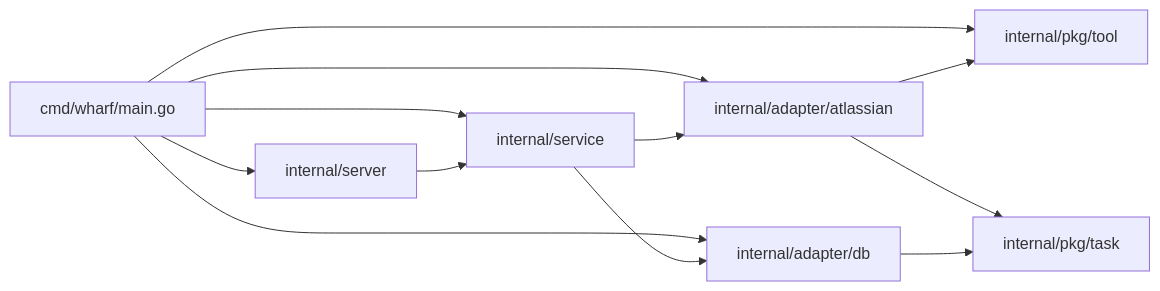
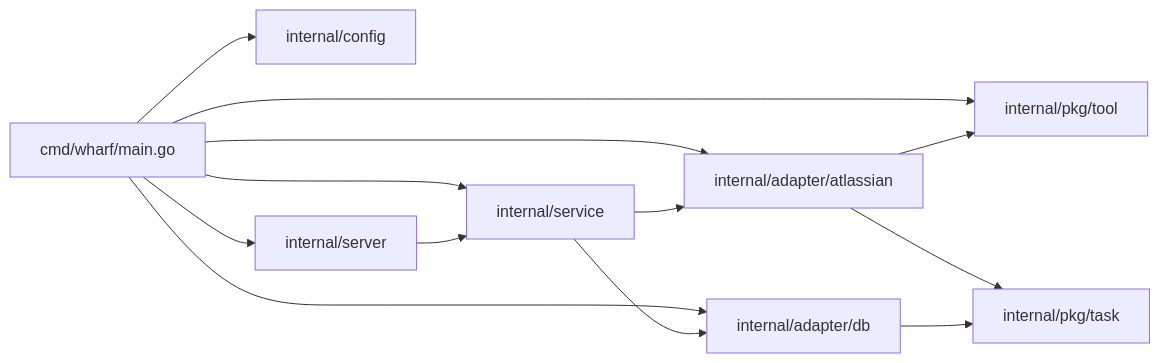
Before and after one commit to byron1st/wharf: the diagram in docs/agents/research/server-service-structure.md, drawn with Mermaid. The commit also changed other lines of this file and 9 other files, not shown here.

````diff
--- a/docs/agents/research/server-service-structure.md
+++ b/docs/agents/research/server-service-structure.md
@@ -11,14 +11,15 @@
 ```mermaid
 flowchart LR
-    main[cmd/wharf/main.go] --> server[internal/server]
+    main[cmd/wharf/main.go] --> config[internal/config]
+    main --> server[internal/server]
     main --> service[internal/service]
     main --> atlassian[internal/adapter/atlassian]
     main --> db[internal/adapter/db]
     main --> tool[internal/pkg/tool]
     server --> service
     service --> atlassian
     service --> db
     atlassian --> tool
     atlassian --> task[internal/pkg/task]
     db --> task
 ```
````
